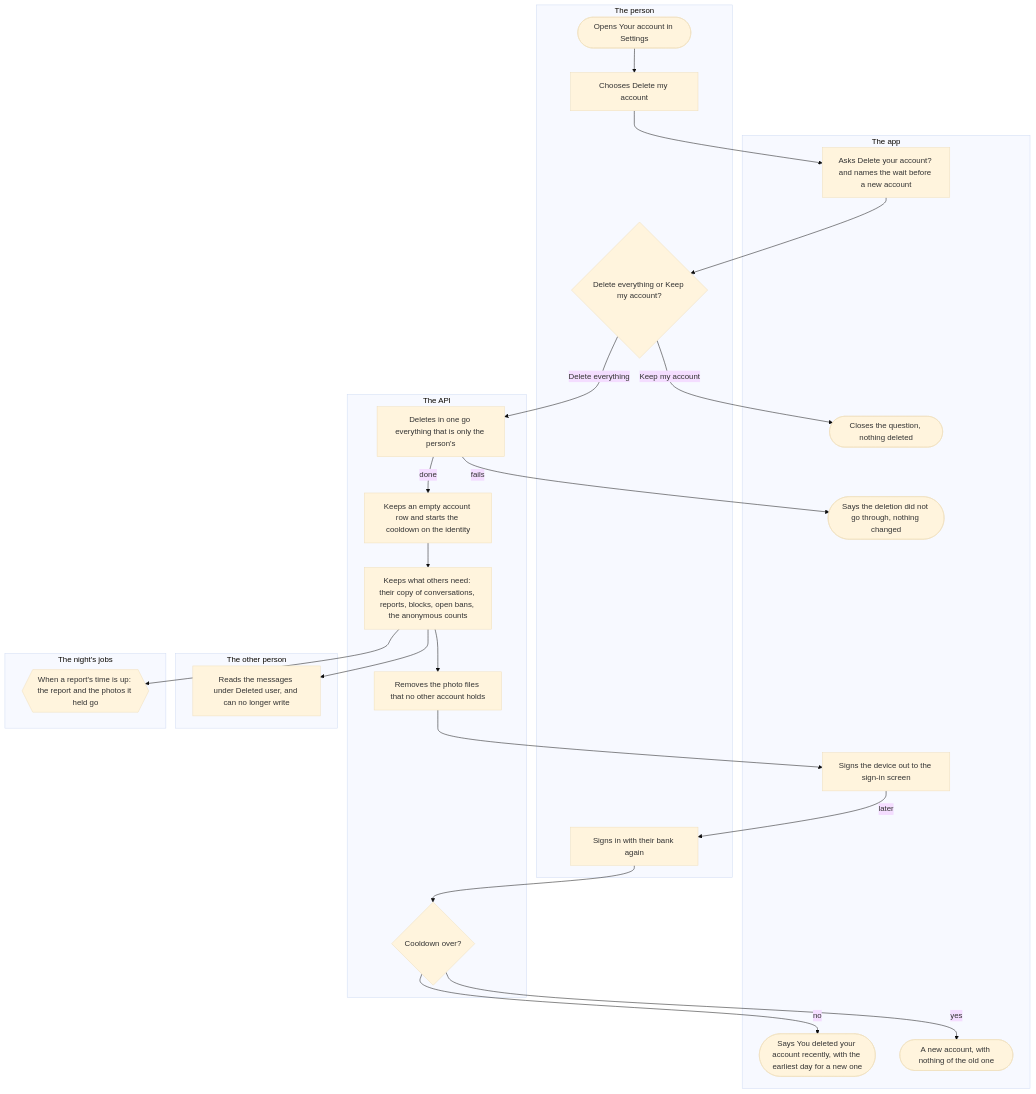
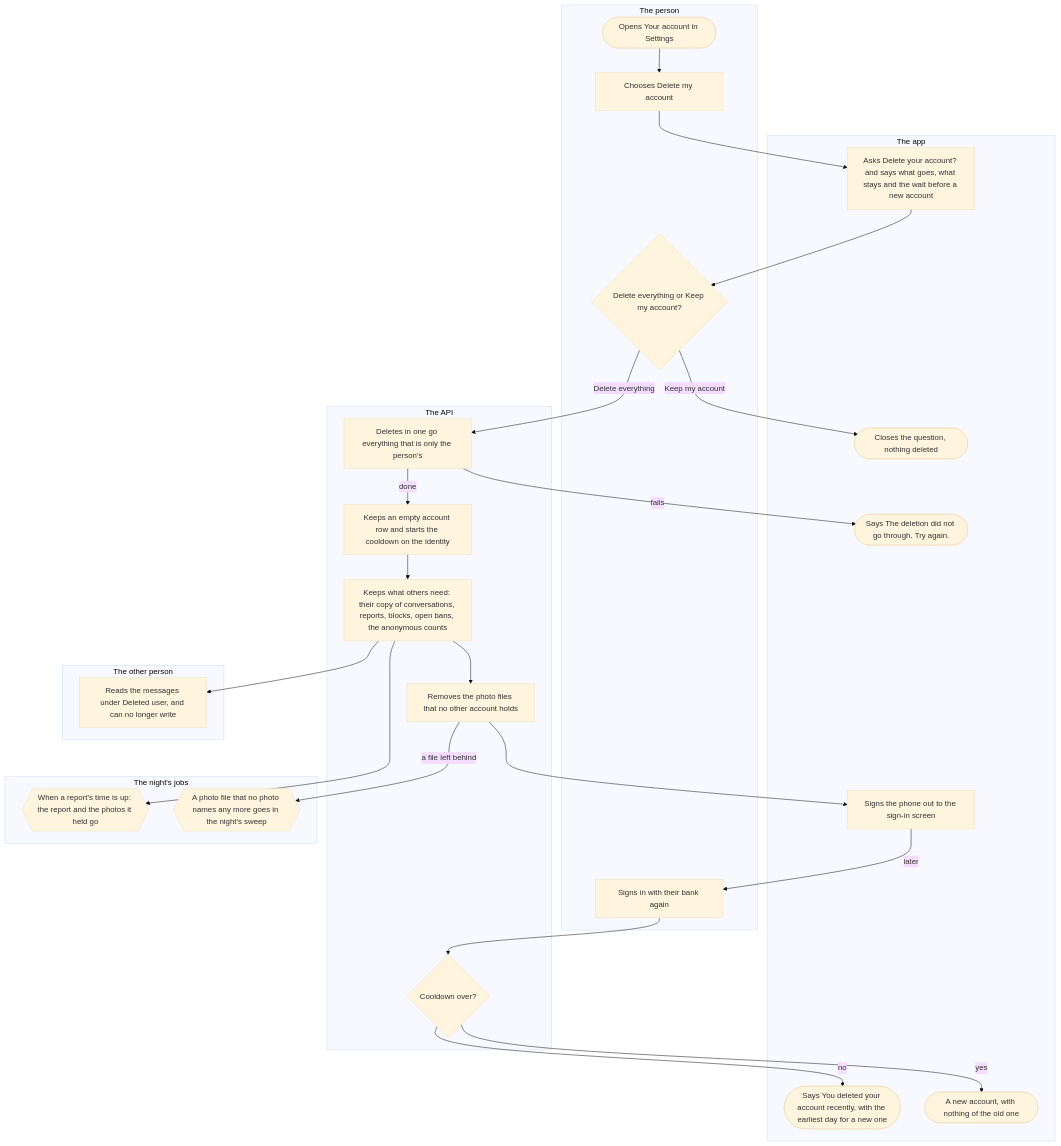
Before and after one commit to kuutti-ry/kuutti-app: the first of 2 diagrams in docs/flows/erasure-and-export.md, drawn with Mermaid (base theme). The commit also changed other lines of this file and 41 other files, not shown here.

First line of the commit message:
Redraw the user flows against today's main, held by check:docs

````diff
--- a/docs/flows/erasure-and-export.md
+++ b/docs/flows/erasure-and-export.md
@@ -7,48 +20,50 @@
 ```mermaid
 flowchart TB
   accTitle: Deleting the account
-  accDescr: The person chooses Delete my account and confirms it. The API deletes everything that is only theirs in one go, keeps an empty account row and what others need, removes the photo files and signs every device out. The other person reads the conversation under Deleted user, and the night later deletes the reports and the photos they held. A bank login inside the cooldown is refused with the date, and after it a new account starts with nothing restored.
+  accDescr: The person chooses Delete my account and confirms it. The API deletes everything that is only theirs in one go, keeps an empty account row and what others need, removes the photo files and signs every device out. The other person reads the conversation under Deleted user, and the night later deletes the reports and the photos they held, and any photo file left behind. A bank login inside the cooldown is refused with the date, and after it a new account starts with nothing restored.
   subgraph person["The person"]
     s1(["Opens Your account in Settings"])
     s2["Chooses Delete my account"]
     s4{"Delete everything or Keep my account?"}
-    s14["Signs in with their bank again"]
+    s15["Signs in with their bank again"]
   end
   subgraph app["The app"]
-    s3["Asks Delete your account? and names the wait before a new account"]
+    s3["Asks Delete your account? and says what goes, what stays and the wait before a new account"]
     s5(["Closes the question, nothing deleted"])
-    s7(["Says the deletion did not go through, nothing changed"])
-    s11["Signs the device out to the sign-in screen"]
-    s16(["Says You deleted your account recently, with the earliest day for a new one"])
-    s17(["A new account, with nothing of the old one"])
+    s7(["Says The deletion did not go through. Try again."])
+    s11["Signs the phone out to the sign-in screen"]
+    s17(["Says You deleted your account recently, with the earliest day for a new one"])
+    s18(["A new account, with nothing of the old one"])
   end
   subgraph api["The API"]
     s6["Deletes in one go everything that is only the person's"]
     s8["Keeps an empty account row and starts the cooldown on the identity"]
     s9["Keeps what others need: their copy of conversations, reports, blocks, open bans, the anonymous counts"]
     s10["Removes the photo files that no other account holds"]
-    s15{"Cooldown over?"}
+    s16{"Cooldown over?"}
   end
   subgraph other["The other person"]
     s12["Reads the messages under Deleted user, and can no longer write"]
   end
   subgraph night["The night's jobs"]
     s13{{"When a report's time is up: the report and the photos it held go"}}
+    s14{{"A photo file that no photo names any more goes in the night's sweep"}}
   end
   s1 --> s2
   s2 --> s3
   s3 --> s4
   s4 -->|"Keep my account"| s5
   s4 -->|"Delete everything"| s6
   s6 -->|"fails"| s7
   s6 -->|"done"| s8
   s8 --> s9
   s9 --> s10
   s10 --> s11
   s9 --> s12
   s9 --> s13
-  s11 -->|"later"| s14
-  s14 --> s15
-  s15 -->|"no"| s16
-  s15 -->|"yes"| s17
+  s10 -->|"a file left behind"| s14
+  s11 -->|"later"| s15
+  s15 --> s16
+  s16 -->|"no"| s17
+  s16 -->|"yes"| s18
 ```
````
